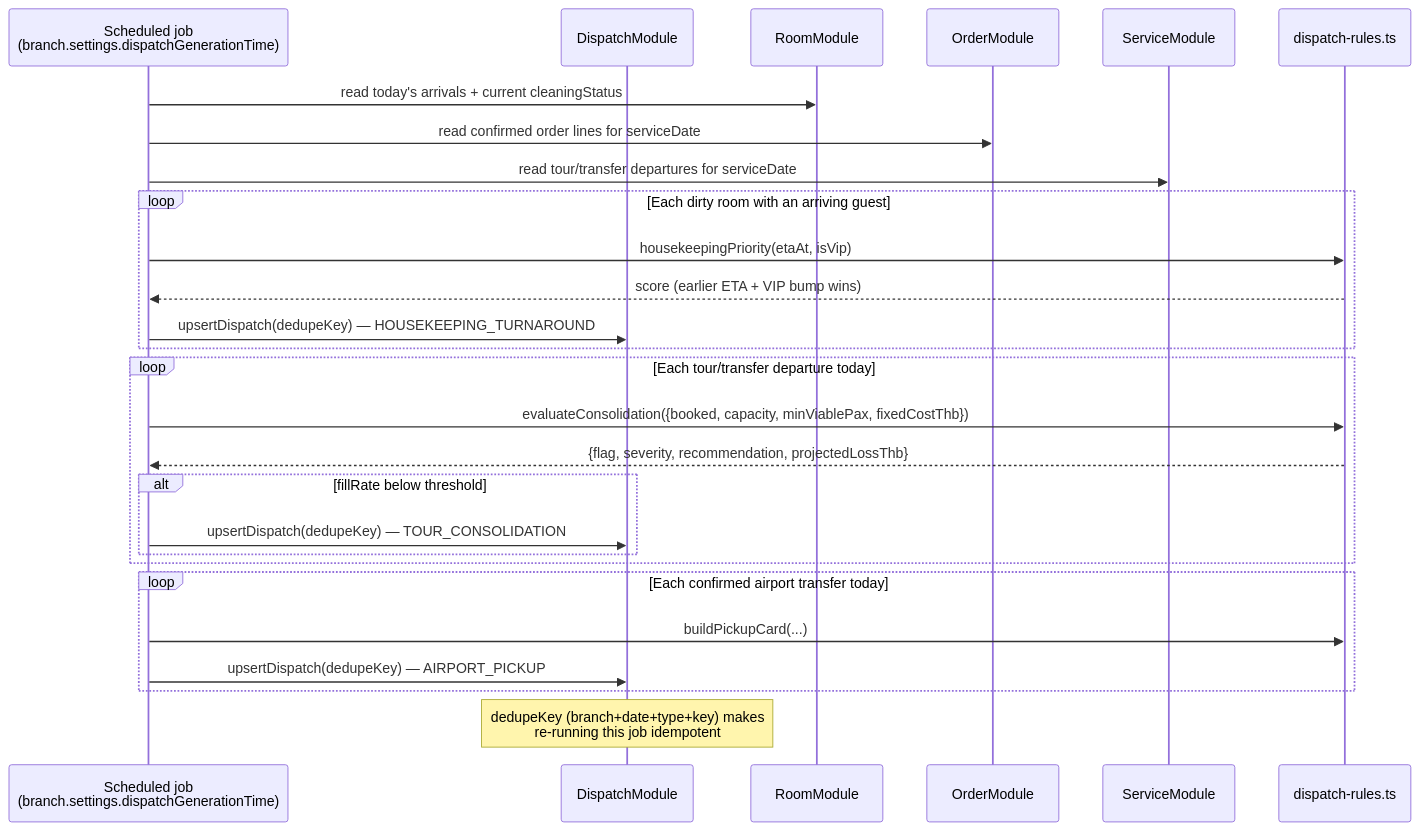
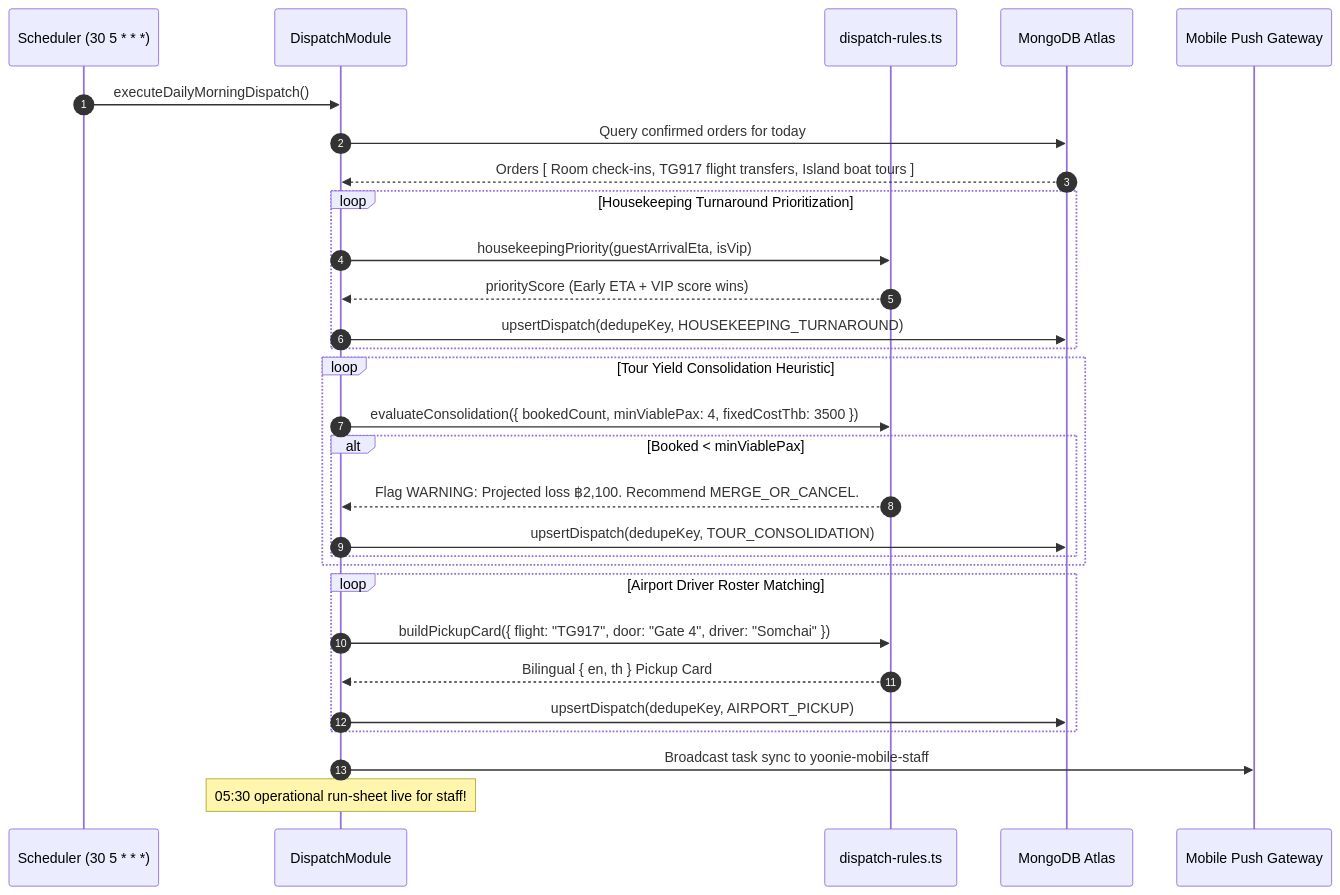
The fourth of 9 diagrams in README.md (LynnT-2003/yoonie-backend), drawn with Mermaid before and after one commit. The commit also changed other lines of this file and 1 other file, not shown here.

Commit message:
docs: add master architecture topology, 9-collection schema tree, ERD, and sequence diagrams

````diff
--- a/README.md
+++ b/README.md
@@ -260,34 +305,36 @@
 ```mermaid
 sequenceDiagram
-    participant Scheduler as Scheduled job<br/>(branch.settings.dispatchGenerationTime)
+    autonumber
+    participant Cron as Scheduler (30 5 * * *)
     participant Dispatch as DispatchModule
-    participant Room as RoomModule
-    participant Order as OrderModule
-    participant Service as ServiceModule
     participant Rules as dispatch-rules.ts
+    participant DB as MongoDB Atlas
+    participant FCM as Mobile Push Gateway
 
-    Scheduler->>Room: read today's arrivals + current cleaningStatus
-    Scheduler->>Order: read confirmed order lines for serviceDate
-    Scheduler->>Service: read tour/transfer departures for serviceDate
+    Cron->>Dispatch: executeDailyMorningDispatch()
+    Dispatch->>DB: Query confirmed orders for today
+    DB-->>Dispatch: Orders [ Room check-ins, TG917 flight transfers, Island boat tours ]
 
-    loop Each dirty room with an arriving guest
-        Scheduler->>Rules: housekeepingPriority(etaAt, isVip)
-        Rules-->>Scheduler: score (earlier ETA + VIP bump wins)
-        Scheduler->>Dispatch: upsertDispatch(dedupeKey) — HOUSEKEEPING_TURNAROUND
+    loop Housekeeping Turnaround Prioritization
+        Dispatch->>Rules: housekeepingPriority(guestArrivalEta, isVip)
+        Rules-->>Dispatch: priorityScore (Early ETA + VIP score wins)
+        Dispatch->>DB: upsertDispatch(dedupeKey, HOUSEKEEPING_TURNAROUND)
     end
 
-    loop Each tour/transfer departure today
-        Scheduler->>Rules: evaluateConsolidation({booked, capacity, minViablePax, fixedCostThb})
-        Rules-->>Scheduler: {flag, severity, recommendation, projectedLossThb}
-        alt fillRate below threshold
-            Scheduler->>Dispatch: upsertDispatch(dedupeKey) — TOUR_CONSOLIDATION
+    loop Tour Yield Consolidation Heuristic
+        Dispatch->>Rules: evaluateConsolidation({ bookedCount, minViablePax: 4, fixedCostThb: 3500 })
+        alt Booked < minViablePax
+            Rules-->>Dispatch: Flag WARNING: Projected loss ฿2,100. Recommend MERGE_OR_CANCEL.
+            Dispatch->>DB: upsertDispatch(dedupeKey, TOUR_CONSOLIDATION)
         end
     end
 
-    loop Each confirmed airport transfer today
-        Scheduler->>Rules: buildPickupCard(...)
-        Scheduler->>Dispatch: upsertDispatch(dedupeKey) — AIRPORT_PICKUP
+    loop Airport Driver Roster Matching
+        Dispatch->>Rules: buildPickupCard({ flight: "TG917", door: "Gate 4", driver: "Somchai" })
+        Rules-->>Dispatch: Bilingual { en, th } Pickup Card
+        Dispatch->>DB: upsertDispatch(dedupeKey, AIRPORT_PICKUP)
     end
 
-    Note over Dispatch: dedupeKey (branch+date+type+key) makes<br/>re-running this job idempotent
+    Dispatch->>FCM: Broadcast task sync to yoonie-mobile-staff
+    Note over Dispatch: 05:30 operational run-sheet live for staff!
 ```
````
